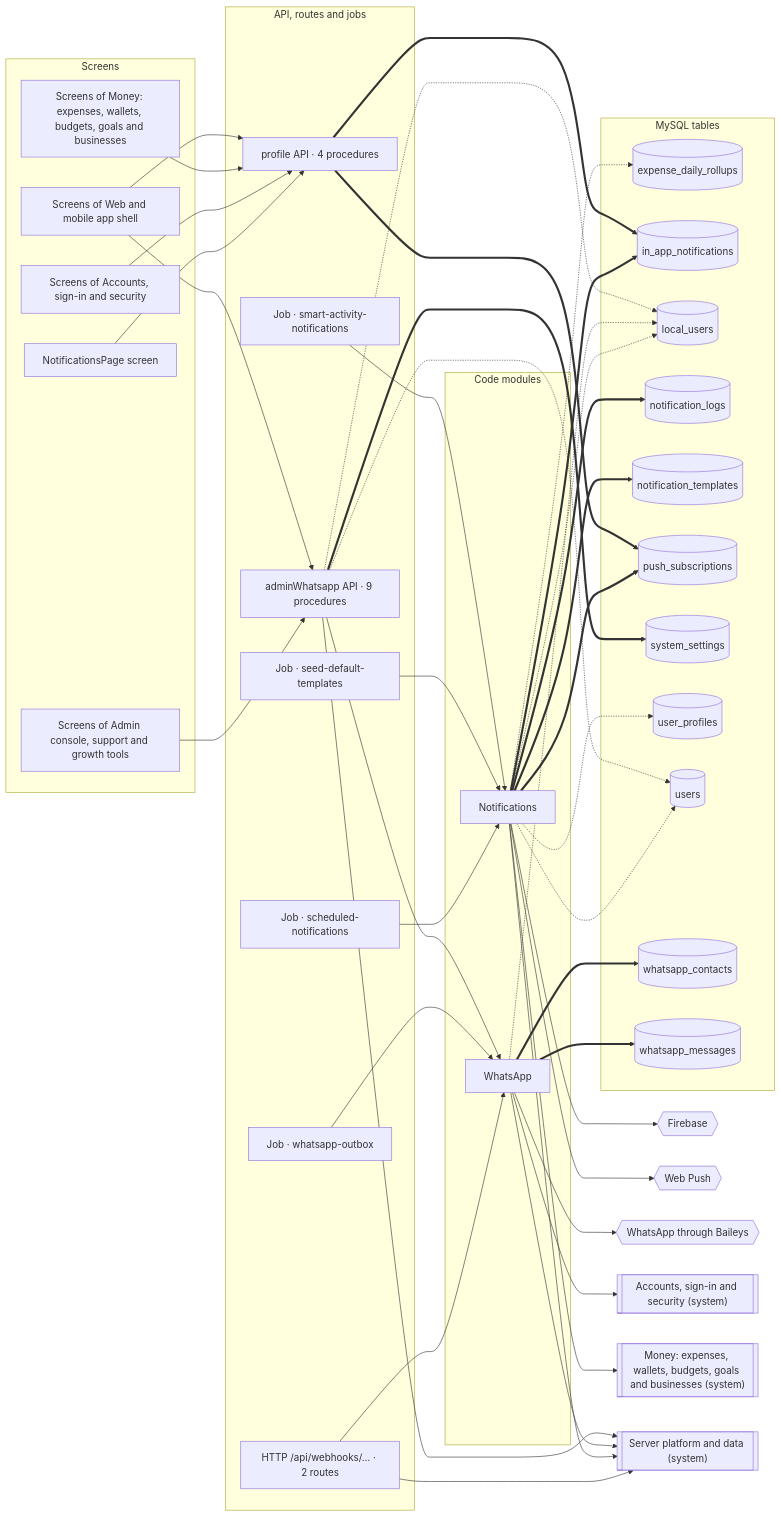
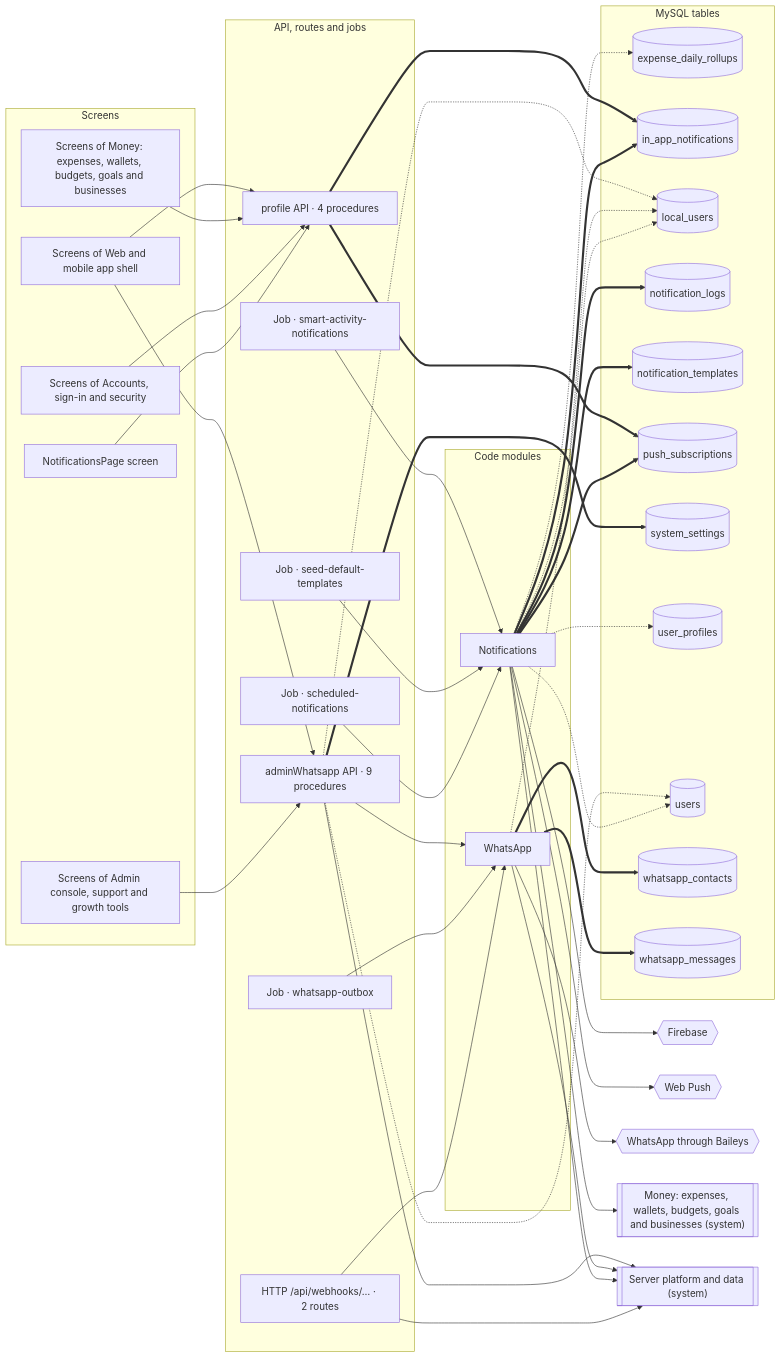
One commit to mahmoudtaherr111/smartspend_mini_all changed the diagram in docs/atlas/systems/notifications.md. Above: the diagram before and after it, drawn with Mermaid. The commit also changed other lines of this file and 58 other files, not shown here.

````diff
--- a/docs/atlas/systems/notifications.md
+++ b/docs/atlas/systems/notifications.md
@@ -13,79 +13,77 @@
 ```mermaid
 flowchart LR
   subgraph g_screens["Screens"]
     page_NotificationsPage["NotificationsPage screen"]
     screens_accounts["Screens of Accounts, sign-in and security"]
     screens_admin["Screens of Admin console, support and growth tools"]
     screens_money["Screens of Money: expenses, wallets, budgets, goals and businesses"]
     screens_web_app["Screens of Web and mobile app shell"]
   end
   subgraph g_api["API, routes and jobs"]
     http__api_webhooks["HTTP /api/webhooks/… · 2 routes"]
     job_scheduled_notifications["Job · scheduled-notifications"]
     job_seed_default_templates["Job · seed-default-templates"]
     job_smart_activity_notifications["Job · smart-activity-notifications"]
     job_whatsapp_outbox["Job · whatsapp-outbox"]
     router_adminWhatsapp["adminWhatsapp API · 9 procedures"]
     router_profile["profile API · 4 procedures"]
   end
   subgraph g_modules["Code modules"]
     mod_notifications["Notifications"]
     mod_whatsapp["WhatsApp"]
   end
   subgraph g_tables["MySQL tables"]
     tbl_expense_daily_rollups[("expense_daily_rollups")]
     tbl_in_app_notifications[("in_app_notifications")]
     tbl_local_users[("local_users")]
     tbl_notification_logs[("notification_logs")]
     tbl_notification_templates[("notification_templates")]
     tbl_push_subscriptions[("push_subscriptions")]
     tbl_system_settings[("system_settings")]
     tbl_user_profiles[("user_profiles")]
     tbl_users[("users")]
     tbl_whatsapp_contacts[("whatsapp_contacts")]
     tbl_whatsapp_messages[("whatsapp_messages")]
   end
   ext_firebase{{"Firebase"}}
   ext_web_push{{"Web Push"}}
   ext_whatsapp{{"WhatsApp through Baileys"}}
-  sys_accounts[["Accounts, sign-in and security (system)"]]
   sys_money[["Money: expenses, wallets, budgets, goals and businesses (system)"]]
   sys_platform[["Server platform and data (system)"]]
   http__api_webhooks --> mod_whatsapp
   http__api_webhooks --> sys_platform
   job_scheduled_notifications --> mod_notifications
   job_seed_default_templates --> mod_notifications
   job_smart_activity_notifications --> mod_notifications
   job_whatsapp_outbox --> mod_whatsapp
   mod_notifications --> ext_firebase
   mod_notifications --> ext_web_push
   mod_notifications --> sys_money
   mod_notifications --> sys_platform
   mod_notifications -.-> tbl_expense_daily_rollups
   mod_notifications -.-> tbl_local_users
   mod_notifications -.-> tbl_user_profiles
   mod_notifications -.-> tbl_users
   mod_notifications ==> tbl_in_app_notifications
   mod_notifications ==> tbl_notification_logs
   mod_notifications ==> tbl_notification_templates
   mod_notifications ==> tbl_push_subscriptions
   mod_whatsapp --> ext_whatsapp
-  mod_whatsapp --> sys_accounts
   mod_whatsapp --> sys_platform
   mod_whatsapp -.-> tbl_local_users
   mod_whatsapp ==> tbl_whatsapp_contacts
   mod_whatsapp ==> tbl_whatsapp_messages
   page_NotificationsPage --> router_profile
   router_adminWhatsapp --> mod_whatsapp
   router_adminWhatsapp --> sys_platform
   router_adminWhatsapp -.-> tbl_local_users
   router_adminWhatsapp -.-> tbl_users
   router_adminWhatsapp ==> tbl_system_settings
   router_profile ==> tbl_in_app_notifications
   router_profile ==> tbl_push_subscriptions
   screens_accounts --> router_profile
   screens_admin --> router_adminWhatsapp
   screens_money --> router_profile
   screens_web_app --> router_adminWhatsapp
   screens_web_app --> router_profile
 ```
````
